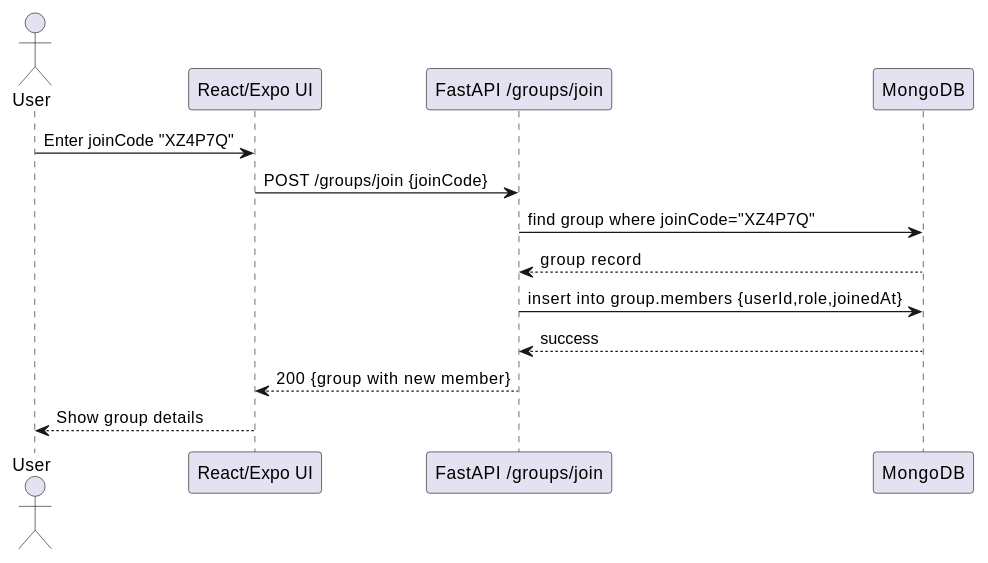
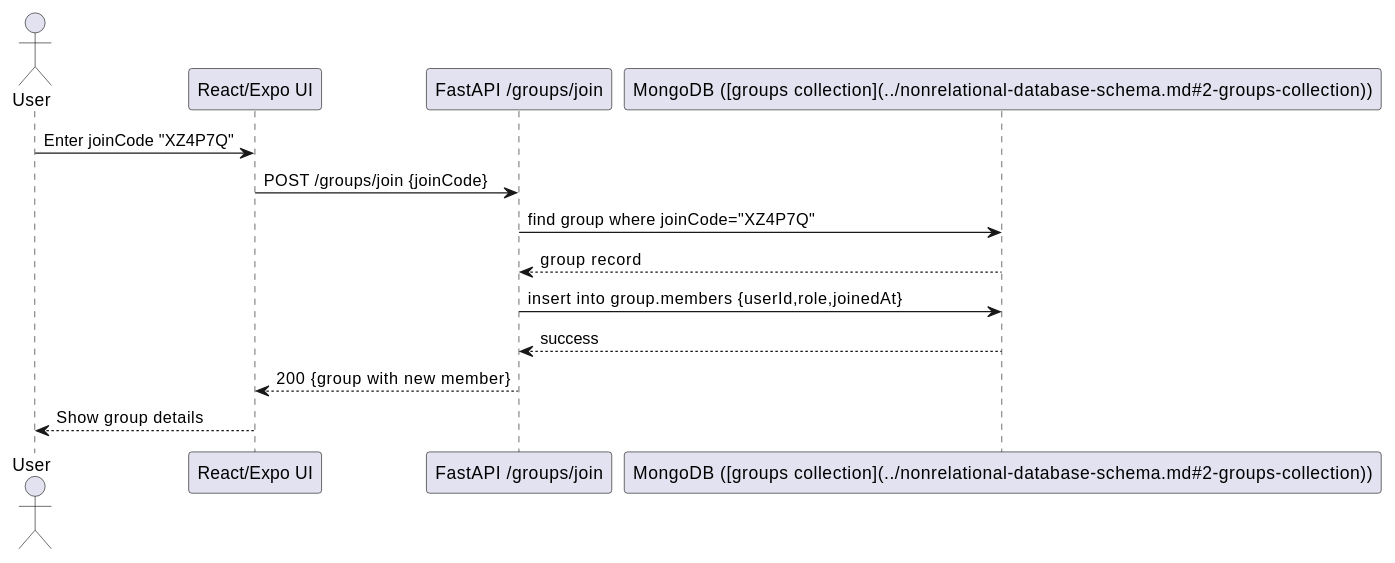
One commit to meghan9908/splitwiser changed the second of 2 diagrams in docs/group-service.md. Above: the diagram before and after it, drawn with PlantUML. The commit also changed other lines of this file and 5 other files, not shown here.

Commit message:
Enhance API documentation across multiple services, including detailed endpoint summaries and related service references for Auth, User, Group, Expense, and Non-Relational Database Schema.

````diff
--- a/docs/group-service.md
+++ b/docs/group-service.md
@@ -119,17 +136,17 @@
 ```plantuml
 @startuml JoinGroup
 actor User
 participant App as "React/Expo UI"
 participant API as "FastAPI /groups/join"
-participant DB as "MongoDB"
+participant DB as "MongoDB ([groups collection](../nonrelational-database-schema.md#2-groups-collection))"
 
 User -> App: Enter joinCode "XZ4P7Q"
 App -> API: POST /groups/join {joinCode}
 API -> DB: find group where joinCode="XZ4P7Q"
 DB --> API: group record
 API -> DB: insert into group.members {userId,role,joinedAt}
 DB --> API: success
 API --> App: 200 {group with new member}
 App --> User: Show group details
 @enduml
 ```
````
